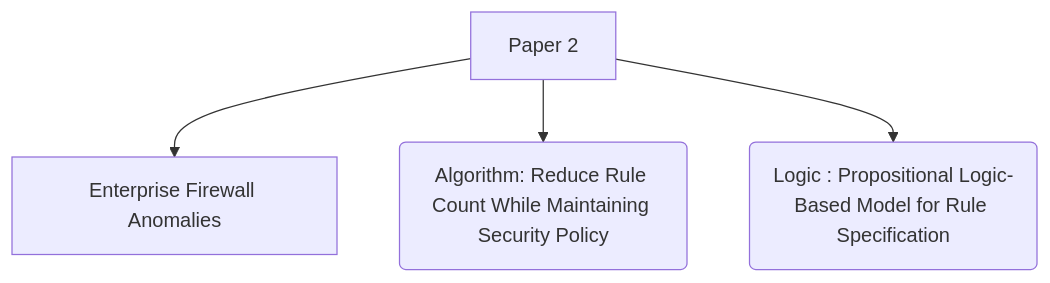
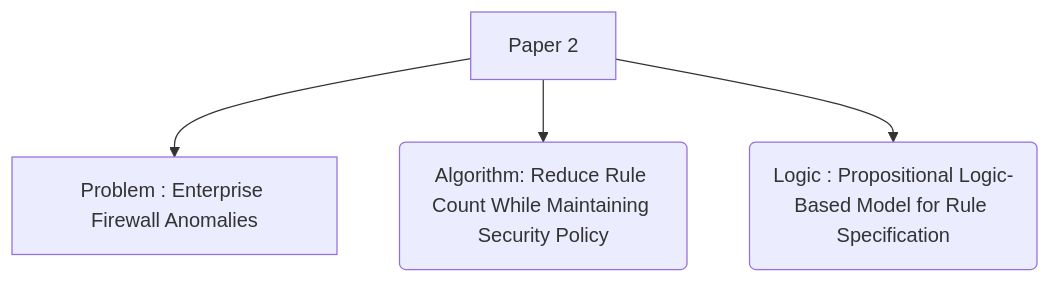
Before and after one commit to SivaaB/File_Leak_Detection: the diagram in flowchart.md, drawn with Mermaid.

````diff
--- a/flowchart.md
+++ b/flowchart.md
@@ -1,6 +1,6 @@
 ```mermaid
 graph TD;
-  P2[Paper 2] --> A[Enterprise Firewall Anomalies];
+  P2[Paper 2] --> A[Problem : Enterprise Firewall Anomalies];
   P2 --> C(Algorithm: Reduce Rule Count While Maintaining Security Policy);
   P2 --> D(Logic : Propositional Logic-Based Model for Rule Specification);
  ```
````
